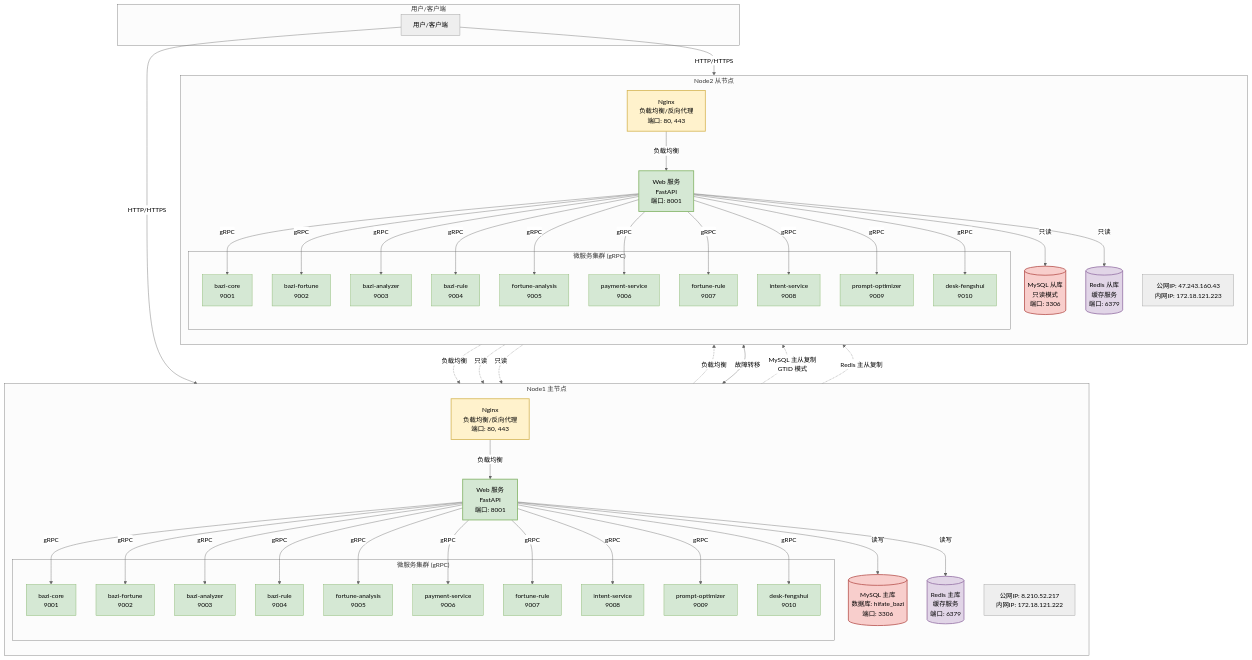
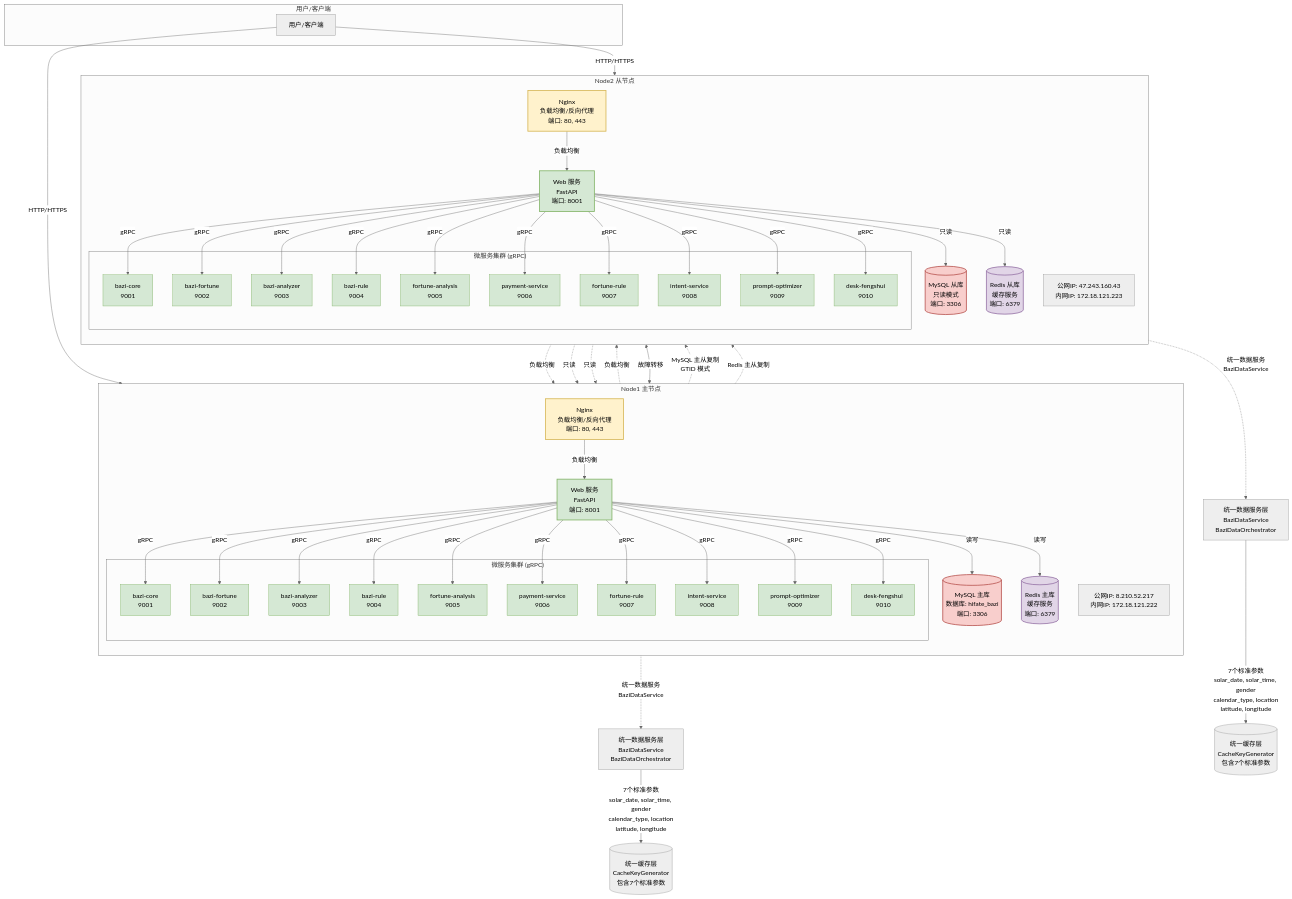
The diagram in docs/architecture/架构图-Mermaid版本.md (zhoudengt/HiFate-bazi), drawn with Mermaid (neutral theme) before and after one commit. The commit also changed other lines of this file and 5 other files, not shown here.

```diff
--- a/docs/architecture/架构图-Mermaid版本.md
+++ b/docs/architecture/架构图-Mermaid版本.md
@@ -98,6 +98,13 @@
     N1_MySQL -.->|MySQL 主从复制<br/>GTID 模式| N2_MySQL
     N1_Redis -.->|Redis 主从复制| N2_Redis
     
+    %% 数据一致性保障
+    N1_Web -.->|统一数据服务<br/>BaziDataService| N1_DataService[统一数据服务层<br/>BaziDataService<br/>BaziDataOrchestrator]
+    N2_Web -.->|统一数据服务<br/>BaziDataService| N2_DataService[统一数据服务层<br/>BaziDataService<br/>BaziDataOrchestrator]
+    
+    N1_DataService -->|7个标准参数<br/>solar_date, solar_time, gender<br/>calendar_type, location<br/>latitude, longitude| N1_DataCache[(统一缓存层<br/>CacheKeyGenerator<br/>包含7个标准参数)]
+    N2_DataService -->|7个标准参数<br/>solar_date, solar_time, gender<br/>calendar_type, location<br/>latitude, longitude| N2_DataCache[(统一缓存层<br/>CacheKeyGenerator<br/>包含7个标准参数)]
+    
     %% 样式
     classDef nginxStyle fill:#FFF2CC,stroke:#D6B656,stroke-width:2px
     classDef webStyle fill:#D5E8D4,stroke:#82B366,stroke-width:2px
```
